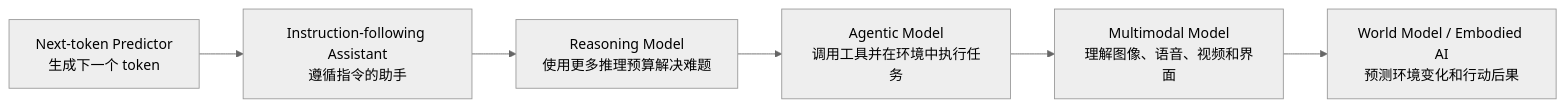
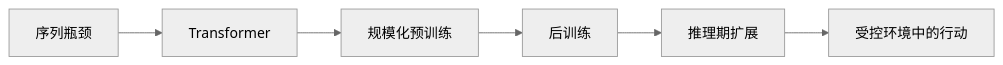
One commit to wxquare/wxquare.github.io changed the first of 3 diagrams in books/ai-book/src/part1/01-llm-foundations-transformer.md. Above: the diagram before and after it, drawn with Mermaid (neutral theme). The commit also changed other lines of this file and 12 other files, not shown here.

````diff
--- a/books/ai-book/src/part1/01-llm-foundations-transformer.md
+++ b/books/ai-book/src/part1/01-llm-foundations-transformer.md
@@ -52,8 +11,8 @@
 ```mermaid
 flowchart LR
-    A["Next-token Predictor<br/>生成下一个 token"] --> B["Instruction-following Assistant<br/>遵循指令的助手"]
-    B --> C["Reasoning Model<br/>使用更多推理预算解决难题"]
-    C --> D["Agentic Model<br/>调用工具并在环境中执行任务"]
-    D --> E["Multimodal Model<br/>理解图像、语音、视频和界面"]
-    E --> F["World Model / Embodied AI<br/>预测环境变化和行动后果"]
+    A["序列瓶颈"] --> B["Transformer"]
+    B --> C["规模化预训练"]
+    C --> D["后训练"]
+    D --> E["推理期扩展"]
+    E --> F["受控环境中的行动"]
 ```
````
